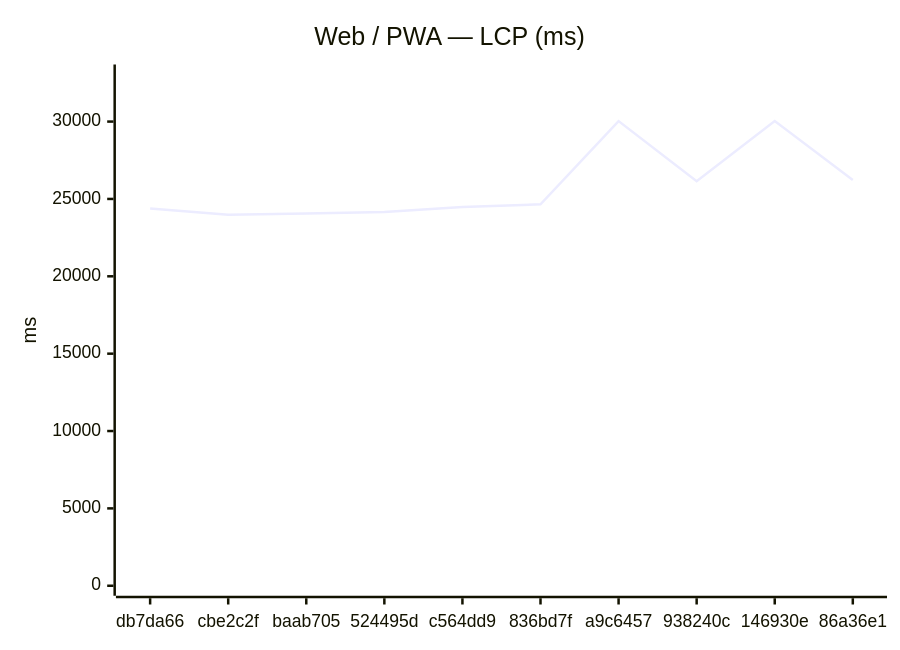
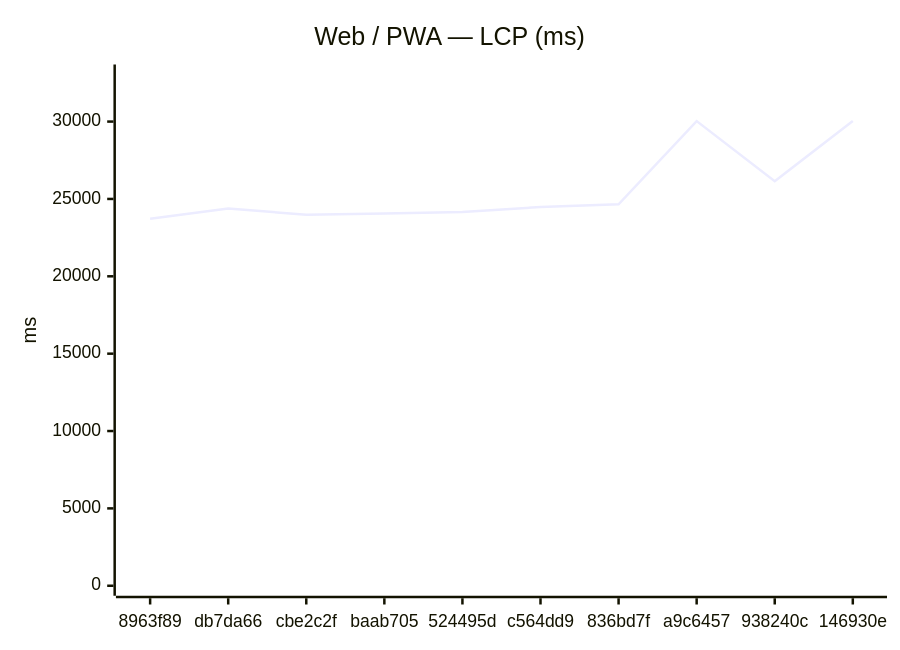
One commit to Metaheurist/Rianell changed the first of 12 diagrams in benchmarks/compare.md. Above: the diagram before and after it, drawn with Mermaid. The commit also changed other lines of this file and 8 other files, not shown here.

````diff
--- a/benchmarks/compare.md
+++ b/benchmarks/compare.md
@@ -24,7 +24,7 @@
 ```mermaid
 xychart-beta
     title "Web / PWA — LCP (ms)"
-    x-axis ["db7da66", "cbe2c2f", "baab705", "524495d", "c564dd9", "836bd7f", "a9c6457", "938240c", "146930e", "86a36e1"]
+    x-axis ["8963f89", "db7da66", "cbe2c2f", "baab705", "524495d", "c564dd9", "836bd7f", "a9c6457", "938240c", "146930e"]
     y-axis "ms" 0 --> 33043
-    line [24380, 23980, 24058, 24158, 24475, 24652, 30029, 26143, 30039, 26222]
+    line [23715, 24380, 23980, 24058, 24158, 24475, 24652, 30029, 26143, 30039]
 ```
````
